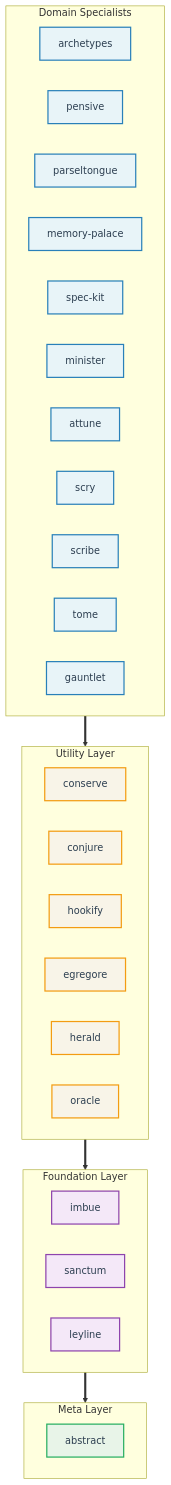
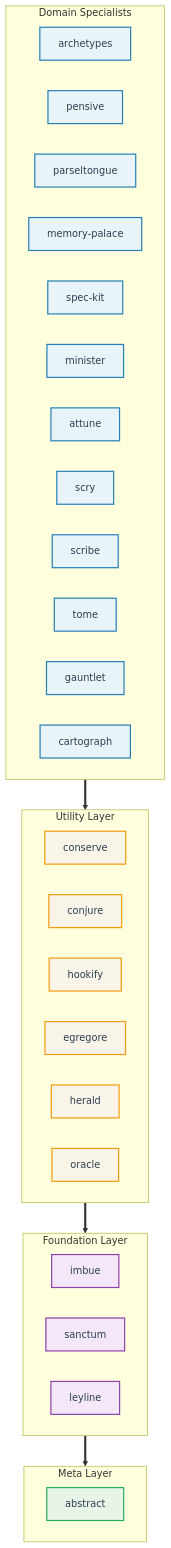
Before and after one commit to athola/claude-night-market: the diagram in README.md, drawn with Mermaid. The commit also changed other lines of this file and 161 other files, not shown here.

````diff
--- a/README.md
+++ b/README.md
@@ -74,46 +74,47 @@
 ```mermaid
 flowchart TB
     classDef domainClass fill:#e8f4f8,stroke:#2980b9,stroke-width:2px,color:#2c3e50
     classDef utilityClass fill:#f8f4e8,stroke:#f39c12,stroke-width:2px,color:#2c3e50
     classDef foundationClass fill:#f4e8f8,stroke:#8e44ad,stroke-width:2px,color:#2c3e50
     classDef metaClass fill:#e8f4e8,stroke:#27ae60,stroke-width:2px,color:#2c3e50
 
     subgraph Domain["Domain Specialists"]
         direction LR
         D1[archetypes]:::domainClass
         D2[pensive]:::domainClass
         D3[parseltongue]:::domainClass
         D4[memory-palace]:::domainClass
         D5[spec-kit]:::domainClass
         D6[minister]:::domainClass
         D7[attune]:::domainClass
         D8[scry]:::domainClass
         D9[scribe]:::domainClass
         D10[tome]:::domainClass
         D11[gauntlet]:::domainClass
+        D12[cartograph]:::domainClass
     end
 
     subgraph Utility["Utility Layer"]
         direction LR
         U1[conserve]:::utilityClass
         U2[conjure]:::utilityClass
         U3[hookify]:::utilityClass
         U4[egregore]:::utilityClass
         U5[herald]:::utilityClass
         U6[oracle]:::utilityClass
     end
 
     subgraph Foundation["Foundation Layer"]
         direction LR
         F1[imbue]:::foundationClass
         F2[sanctum]:::foundationClass
         F3[leyline]:::foundationClass
     end
 
     subgraph Meta["Meta Layer"]
         direction LR
         M1[abstract]:::metaClass
     end
 
     Domain ==> Utility ==> Foundation ==> Meta
 ```
````
